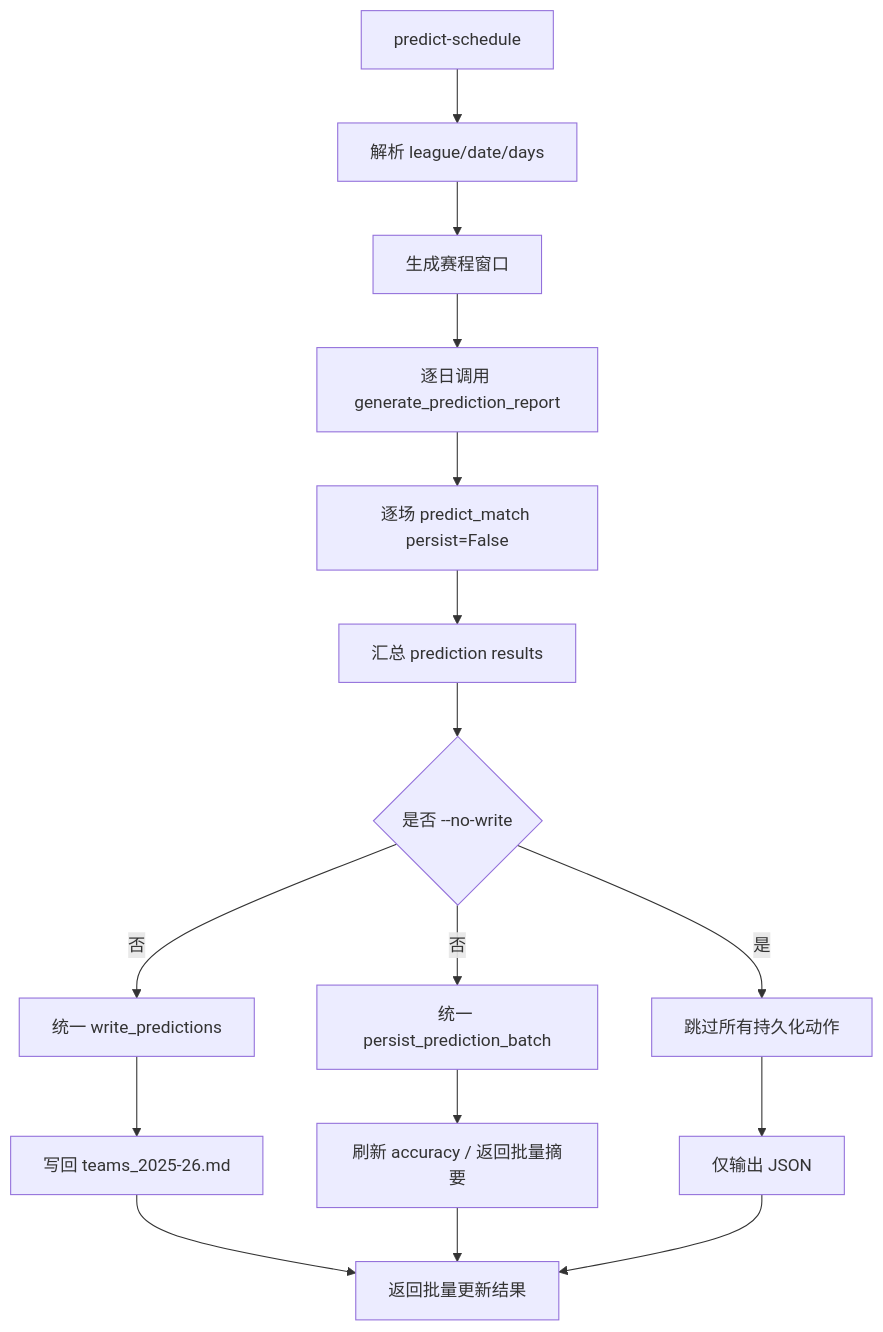
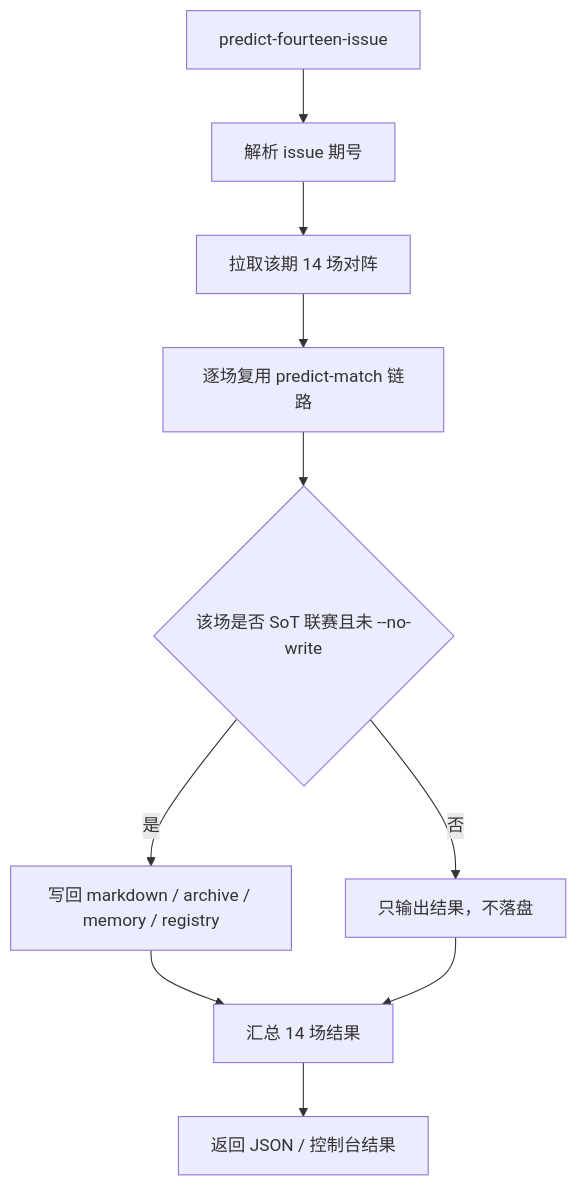
The fifth of 8 diagrams in docs/examples/europe_leagues_full_workflow_feishu.md (LorenJun/trae_projects), drawn with Mermaid before and after one commit. The commit also changed other lines of this file and 37 other files, not shown here.

````diff
--- a/docs/examples/europe_leagues_full_workflow_feishu.md
+++ b/docs/examples/europe_leagues_full_workflow_feishu.md
@@ -484,18 +459,12 @@
 ```mermaid
 flowchart TD
-    A[predict-schedule] --> B[解析 league/date/days]
-    B --> C[生成赛程窗口]
-    C --> D[逐日调用 generate_prediction_report]
-    D --> E[逐场 predict_match persist=False]
-    E --> F[汇总 prediction results]
-    F --> G{是否 --no-write}
-    G -->|否| H[统一 write_predictions]
-    G -->|否| I[统一 persist_prediction_batch]
-    G -->|是| J[跳过所有持久化动作]
-    H --> K[写回 teams_2025-26.md]
-    I --> L[刷新 accuracy / 返回批量摘要]
-    J --> M[仅输出 JSON]
-    K --> N[返回批量更新结果]
-    L --> N
-    M --> N
+    A[predict-fourteen-issue] --> B[解析 issue 期号]
+    B --> C[拉取该期 14 场对阵]
+    C --> D[逐场复用 predict-match 链路]
+    D --> E{该场是否 SoT 联赛且未 --no-write}
+    E -->|是| F[写回 markdown / archive / memory / registry]
+    E -->|否| G[只输出结果，不落盘]
+    F --> H[汇总 14 场结果]
+    G --> H
+    H --> I[返回 JSON / 控制台结果]
 ```
````
